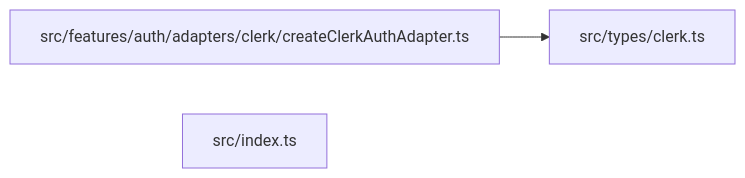
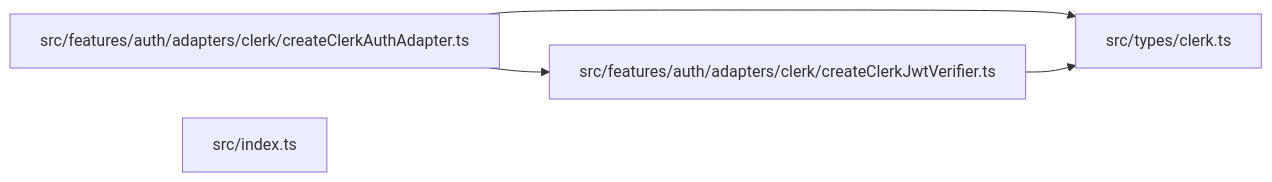
One commit to ankhorage/auth-clerk changed the diagram in paradox/diagrams/module-relationships.mmd. Above: the diagram before and after it, drawn with Mermaid. The commit also changed 11 other files, not shown here.

```diff
--- a/paradox/diagrams/module-relationships.mmd
+++ b/paradox/diagrams/module-relationships.mmd
@@ -1,5 +1,8 @@
 graph LR
   module_src_features_auth_adapters_clerk_createClerkAuthAdapter_ts["src/features/auth/adapters/clerk/createClerkAuthAdapter.ts"]
+  module_src_features_auth_adapters_clerk_createClerkJwtVerifier_ts["src/features/auth/adapters/clerk/createClerkJwtVerifier.ts"]
   module_src_index_ts["src/index.ts"]
   module_src_types_clerk_ts["src/types/clerk.ts"]
+  module_src_features_auth_adapters_clerk_createClerkAuthAdapter_ts --> module_src_features_auth_adapters_clerk_createClerkJwtVerifier_ts
   module_src_features_auth_adapters_clerk_createClerkAuthAdapter_ts --> module_src_types_clerk_ts
+  module_src_features_auth_adapters_clerk_createClerkJwtVerifier_ts --> module_src_types_clerk_ts
```
